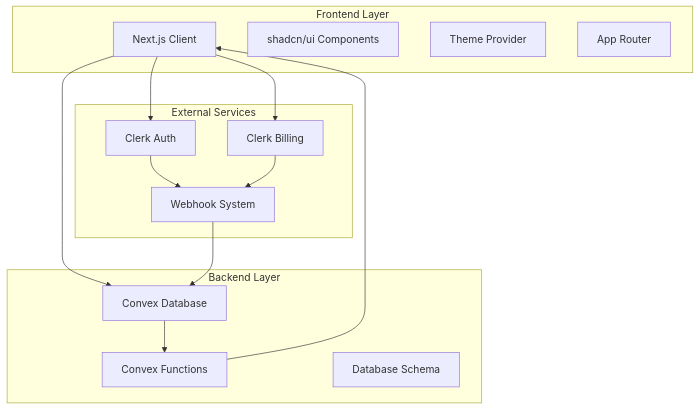
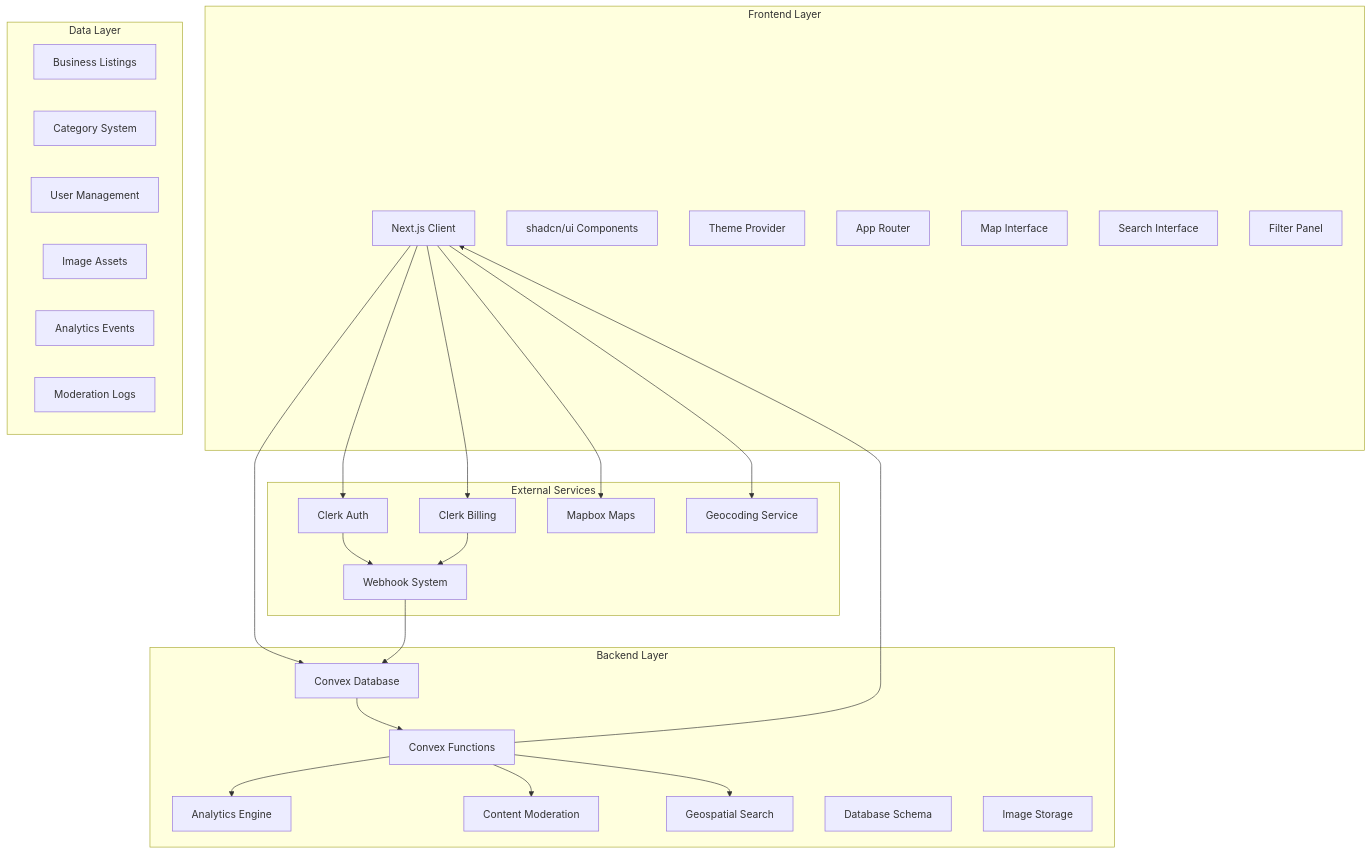
The first of 5 diagrams in docs/core/ARCHITECTURE.md (Calel33/next-starter), drawn with Mermaid before and after one commit. The commit also changed other lines of this file and 39 other files, not shown here.

Commit message:
docs: Update AGENTS.md and .env.example to reflect new business directory platform features and configuration, including Mapbox integration

````diff
--- a/docs/core/ARCHITECTURE.md
+++ b/docs/core/ARCHITECTURE.md
@@ -24,33 +29,56 @@
 ```mermaid
 graph TB
     Client[Next.js Client] --> Auth[Clerk Auth]
     Client --> Database[Convex Database]
     Client --> Billing[Clerk Billing]
-    
+    Client --> Maps[Mapbox Maps]
+    Client --> Geocoding[Geocoding Service]
+
     Auth --> Webhooks[Webhook System]
     Billing --> Webhooks
-    
+
     Webhooks --> Database
-    
+
     Database --> Functions[Convex Functions]
     Functions --> Client
-    
+    Functions --> Analytics[Analytics Engine]
+    Functions --> Moderation[Content Moderation]
+    Functions --> Search[Geospatial Search]
+
     subgraph "Frontend Layer"
         Client
         UI[shadcn/ui Components]
         Theme[Theme Provider]
         Router[App Router]
+        MapUI[Map Interface]
+        SearchUI[Search Interface]
+        FilterUI[Filter Panel]
     end
-    
+
     subgraph "Backend Layer"
         Database
         Functions
         Schema[Database Schema]
+        Analytics
+        Moderation
+        Search
+        ImageStorage[Image Storage]
     end
-    
+
     subgraph "External Services"
         Auth
         Billing
         Webhooks
+        Maps
+        Geocoding
+    end
+
+    subgraph "Data Layer"
+        Listings[Business Listings]
+        Categories[Category System]
+        Users[User Management]
+        Images[Image Assets]
+        Events[Analytics Events]
+        Logs[Moderation Logs]
     end
 ```
````
